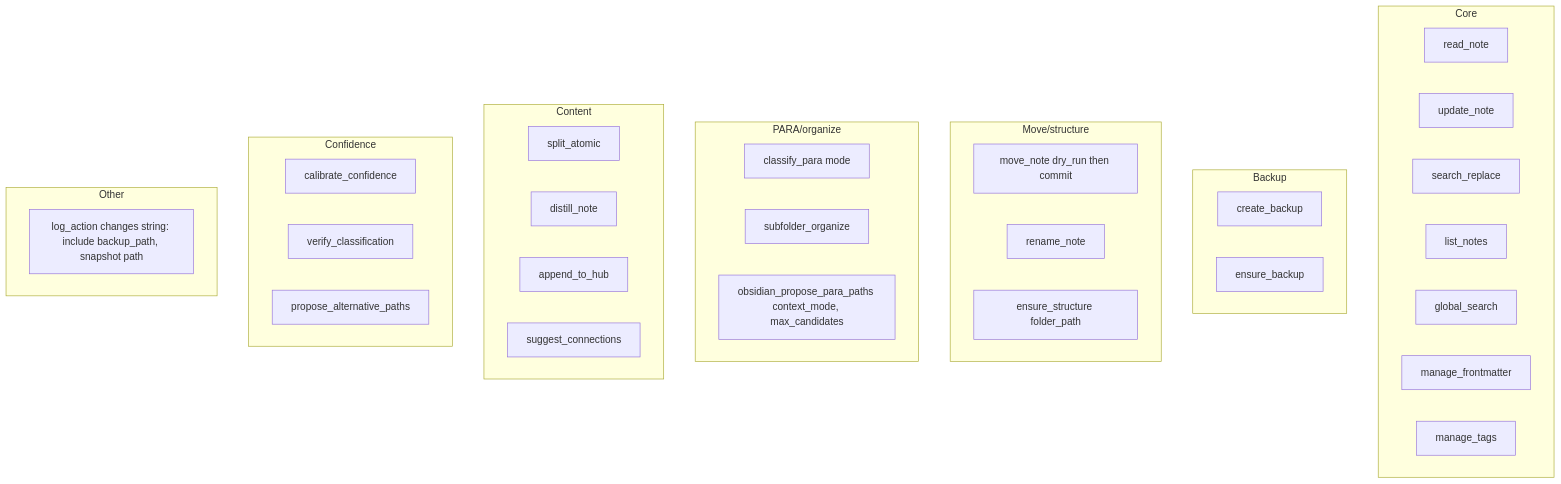
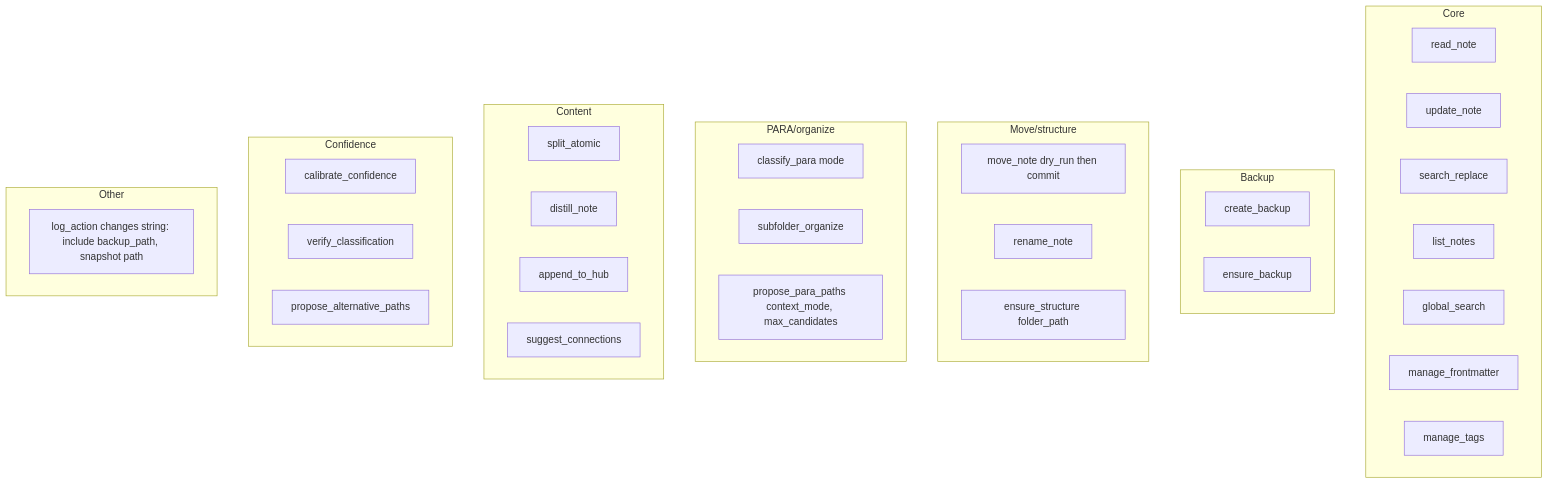
One commit to L0RDTH0TH/genesis-mythos-master-roadmap changed the seventh of 14 diagrams in 3-Resources/Second-Brain/Second-Brain-User-Flows/System-Diagram-Detailed.md. Above: the diagram before and after it, drawn with Mermaid. The commit also changed other lines of this file and 3337 other files, not shown here.

````diff
--- a/3-Resources/Second-Brain/Second-Brain-User-Flows/System-Diagram-Detailed.md
+++ b/3-Resources/Second-Brain/Second-Brain-User-Flows/System-Diagram-Detailed.md
@@ -172,40 +194,40 @@
 ```mermaid
 flowchart TB
   subgraph Core [Core]
     read_note[read_note]
     update_note[update_note]
     search_replace[search_replace]
     list_notes[list_notes]
     global_search[global_search]
     manage_frontmatter[manage_frontmatter]
     manage_tags[manage_tags]
   end
   subgraph Backup [Backup]
     create_backup[create_backup]
     ensure_backup[ensure_backup]
   end
   subgraph Move [Move/structure]
     move_note[move_note dry_run then commit]
     rename_note[rename_note]
     ensure_structure[ensure_structure folder_path]
   end
   subgraph PARA [PARA/organize]
     classify_para[classify_para mode]
     subfolder_organize[subfolder_organize]
-    obsidian_propose_para_paths[obsidian_propose_para_paths context_mode, max_candidates]
+    propose_para_paths[propose_para_paths context_mode, max_candidates]
   end
   subgraph Content [Content]
     split_atomic[split_atomic]
     distill_note[distill_note]
     append_to_hub[append_to_hub]
     suggest_connections[suggest_connections]
   end
   subgraph Confidence [Confidence]
     calibrate_confidence[calibrate_confidence]
     verify_classification[verify_classification]
     propose_alternative_paths[propose_alternative_paths]
   end
   subgraph Other [Other]
     log_action[log_action changes string: include backup_path, snapshot path]
   end
 ```
````
